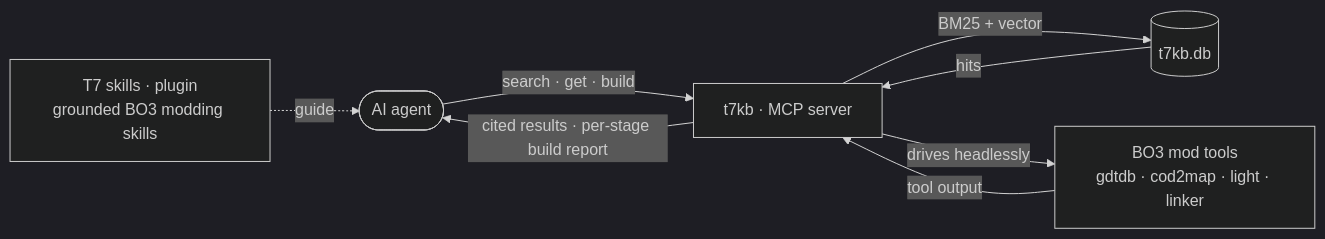
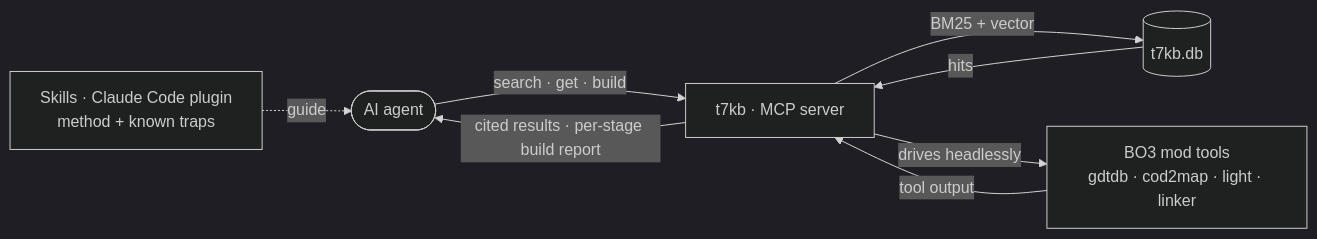
One commit to McReaper/t7_companion changed the diagram in README.md. Above: the diagram before and after it, drawn with Mermaid (dark theme). The commit also changed other lines of this file and 7 other files, not shown here.

````diff
--- a/README.md
+++ b/README.md
@@ -10,10 +27,10 @@
 ```mermaid
 flowchart LR
-    S["T7 skills · plugin<br/>grounded BO3 modding skills"] -. guide .-> A
+    S["Skills · Claude Code plugin<br/>method + known traps"] -. guide .-> A
     A([AI agent]) -- "search · get · build" --> B["t7kb · MCP server"]
     B -- "BM25 + vector" --> C[("t7kb.db")]
     C -- hits --> B
     B -- "drives headlessly" --> T["BO3 mod tools<br/>gdtdb · cod2map · light · linker"]
     T -- "tool output" --> B
     B -- "cited results · per-stage build report" --> A
 ```
````
